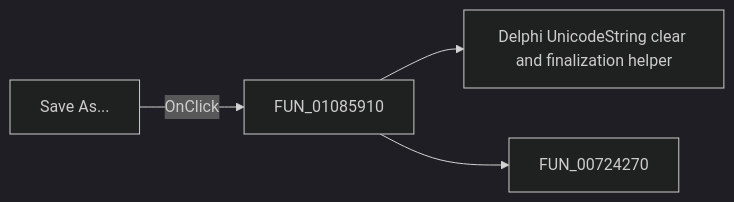
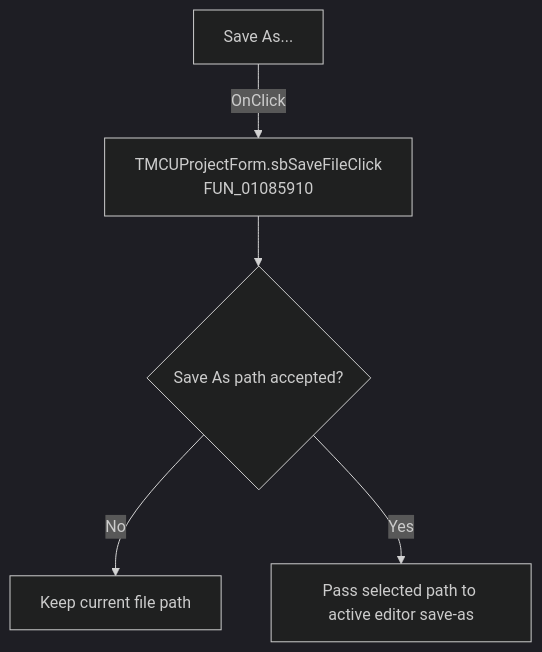
One commit to MovGP0/TIARA changed the diagram in docs/ui-controls/mcuprojectform/mnsaveas-9831556828.md. Above: the diagram before and after it, drawn with Mermaid (dark theme). The commit also changed other lines of this file and 1062 other files, not shown here.

````diff
--- a/docs/ui-controls/mcuprojectform/mnsaveas-9831556828.md
+++ b/docs/ui-controls/mcuprojectform/mnsaveas-9831556828.md
@@ -27,6 +27,7 @@
 ```mermaid
-flowchart LR
-    control["Save As..."] -->|OnClick| handler["FUN_01085910"]
-    handler --> call1["Delphi UnicodeString clear and finalization helper"]
-    handler --> call2["FUN_00724270"]
+flowchart TD
+    control["Save As..."] -->|OnClick| handler["TMCUProjectForm.sbSaveFileClick<br/>FUN_01085910"]
+    handler --> dialog{"Save As path accepted?"}
+    dialog -->|No| noOp["Keep current file path"]
+    dialog -->|Yes| save["Pass selected path to active editor save-as"]
 ```
````
